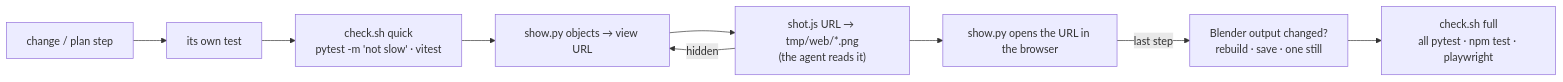
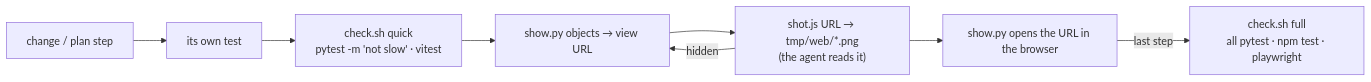
Before and after one commit to tillg/frechen_blender: the fourth of 4 diagrams in specs/system/architecture.md, drawn with Mermaid. The commit also changed other lines of this file and 12 other files, not shown here.

First line of the commit message:
Blender backend dormant: drop the parity tests and the rebuild/save steps (#35)

````diff
--- a/specs/system/architecture.md
+++ b/specs/system/architecture.md
@@ -504,11 +508,10 @@
 ```mermaid
 flowchart LR
     S[change / plan step] --> T[its own test]
     T --> Q["check.sh quick<br/>pytest -m 'not slow' · vitest"]
     Q --> SH["show.py objects → view URL"]
     SH --> SHOT["shot.js URL → tmp/web/*.png<br/>(the agent reads it)"]
     SHOT -->|hidden| SH
     SHOT --> BR["show.py opens the URL in the browser"]
-    BR -->|last step| BL["Blender output changed?<br/>rebuild · save · one still"]
-    BL --> F["check.sh full<br/>all pytest · npm test · playwright"]
+    BR -->|last step| F["check.sh full<br/>all pytest · npm test · playwright"]
 ```
````
